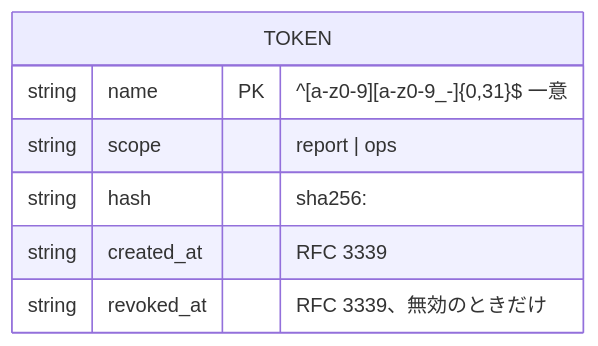
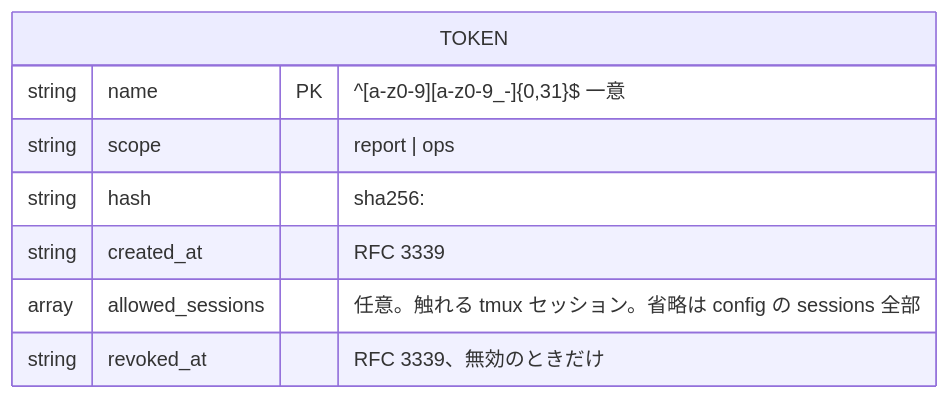
Before and after one commit to ousiassllc/swarm-console: the first of 2 diagrams in docs/architecture/er-runtime.md, drawn with Mermaid. The commit also changed other lines of this file and 17 other files, not shown here.

````diff
--- a/docs/architecture/er-runtime.md
+++ b/docs/architecture/er-runtime.md
@@ -9,10 +9,11 @@
 ```mermaid
 erDiagram
     TOKEN {
         string name PK "^[a-z0-9][a-z0-9_-]{0,31}$ 一意"
         string scope "report | ops"
         string hash "sha256:<hex 64>"
         string created_at "RFC 3339"
+        array allowed_sessions "任意。触れる tmux セッション。省略は config の sessions 全部"
         string revoked_at "RFC 3339、無効のときだけ"
     }
 ```
````
